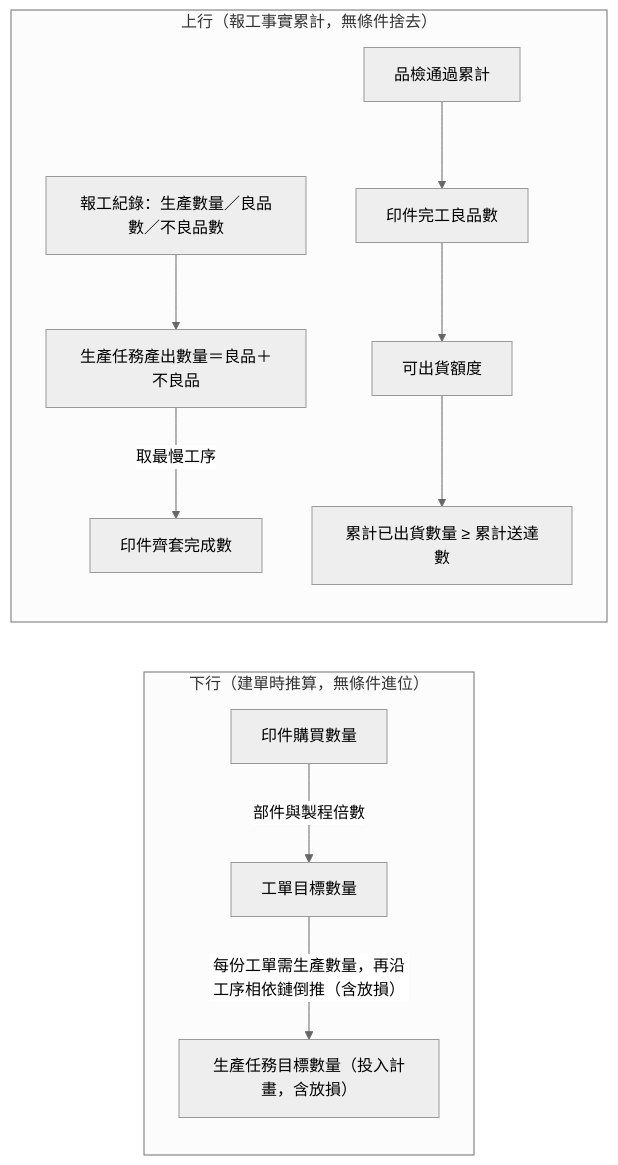
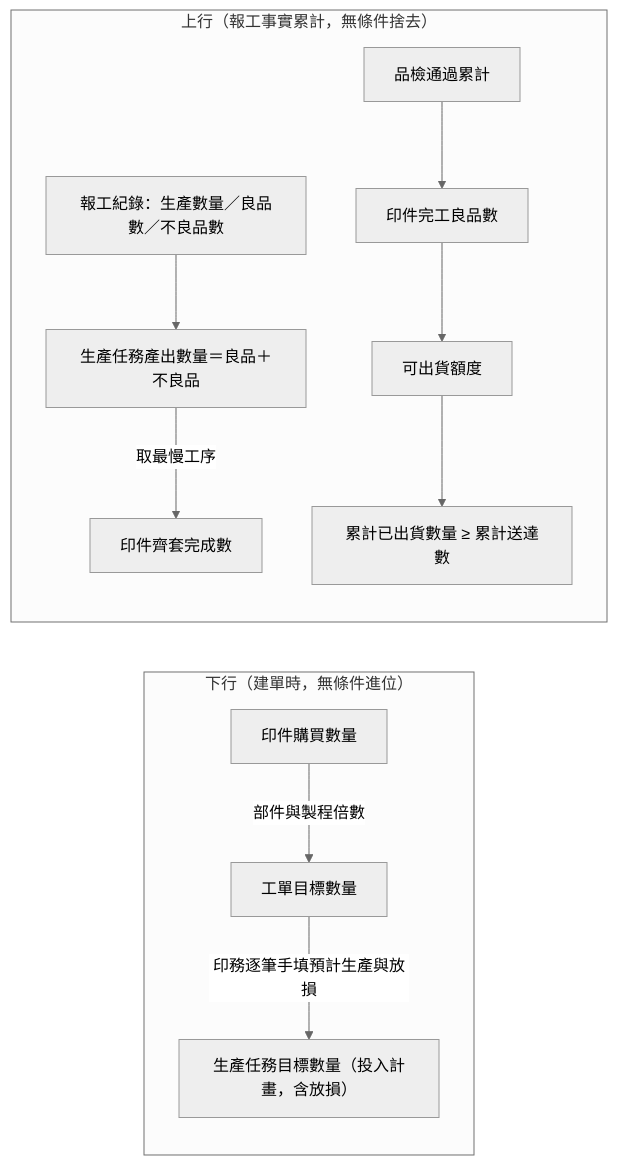
One commit to Kawato-Miles/erp-spec changed the third of 4 diagrams in memory/Sens_wiki/wiki/erp/05-entities/生產領域資料結構總覽.md. Above: the diagram before and after it, drawn with Mermaid (neutral theme). The commit also changed other lines of this file and 31 other files, not shown here.

````diff
--- a/memory/Sens_wiki/wiki/erp/05-entities/生產領域資料結構總覽.md
+++ b/memory/Sens_wiki/wiki/erp/05-entities/生產領域資料結構總覽.md
@@ -82,14 +82,14 @@
 ```mermaid
 flowchart LR
-    subgraph 下行規劃["下行（建單時推算，無條件進位）"]
+    subgraph 下行規劃["下行（建單時，無條件進位）"]
         Q1["印件購買數量"] -->|"部件與製程倍數"| Q2["工單目標數量"]
-        Q2 -->|"每份工單需生產數量，再沿工序相依鏈倒推（含放損）"| Q3["生產任務目標數量（投入計畫，含放損）"]
+        Q2 -->|"印務逐筆手填預計生產與放損"| Q3["生產任務目標數量（投入計畫，含放損）"]
     end
     subgraph 上行收斂["上行（報工事實累計，無條件捨去）"]
         R1["報工紀錄：生產數量／良品數／不良品數"] --> R2["生產任務產出數量＝良品＋不良品"]
         R2 -->|"取最慢工序"| R3["印件齊套完成數"]
         R4["品檢通過累計"] --> R5["印件完工良品數"]
         R5 --> R6["可出貨額度"]
         R6 --> R7["累計已出貨數量 ≥ 累計送達數"]
     end
 ```
````
